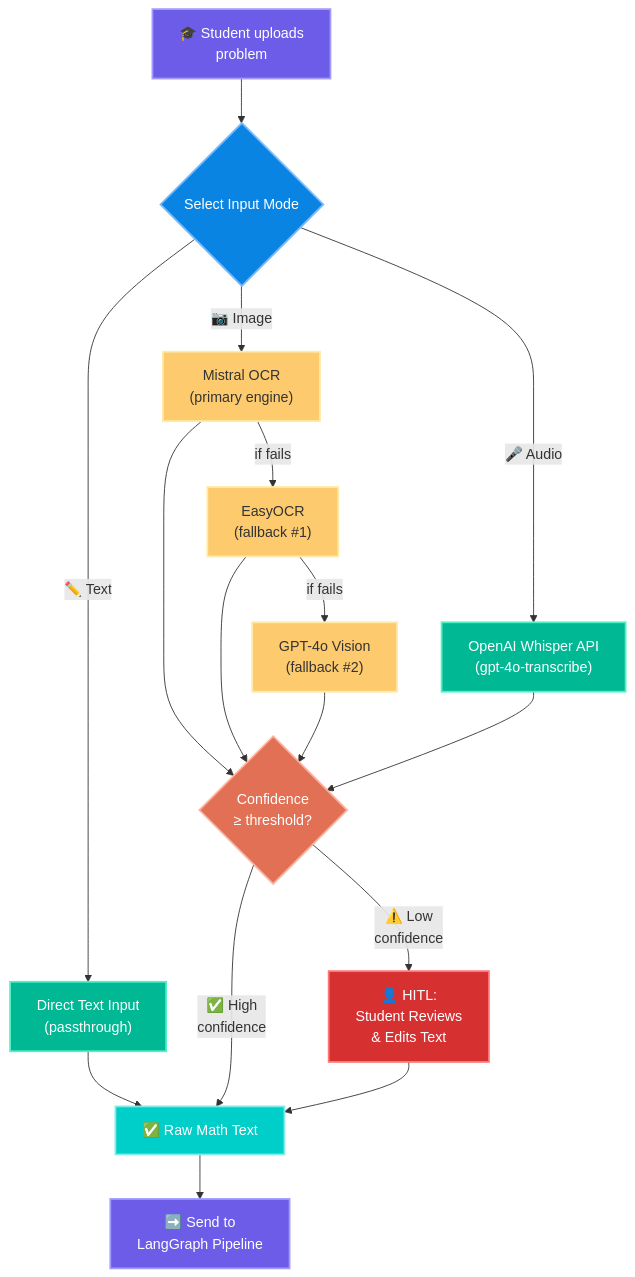
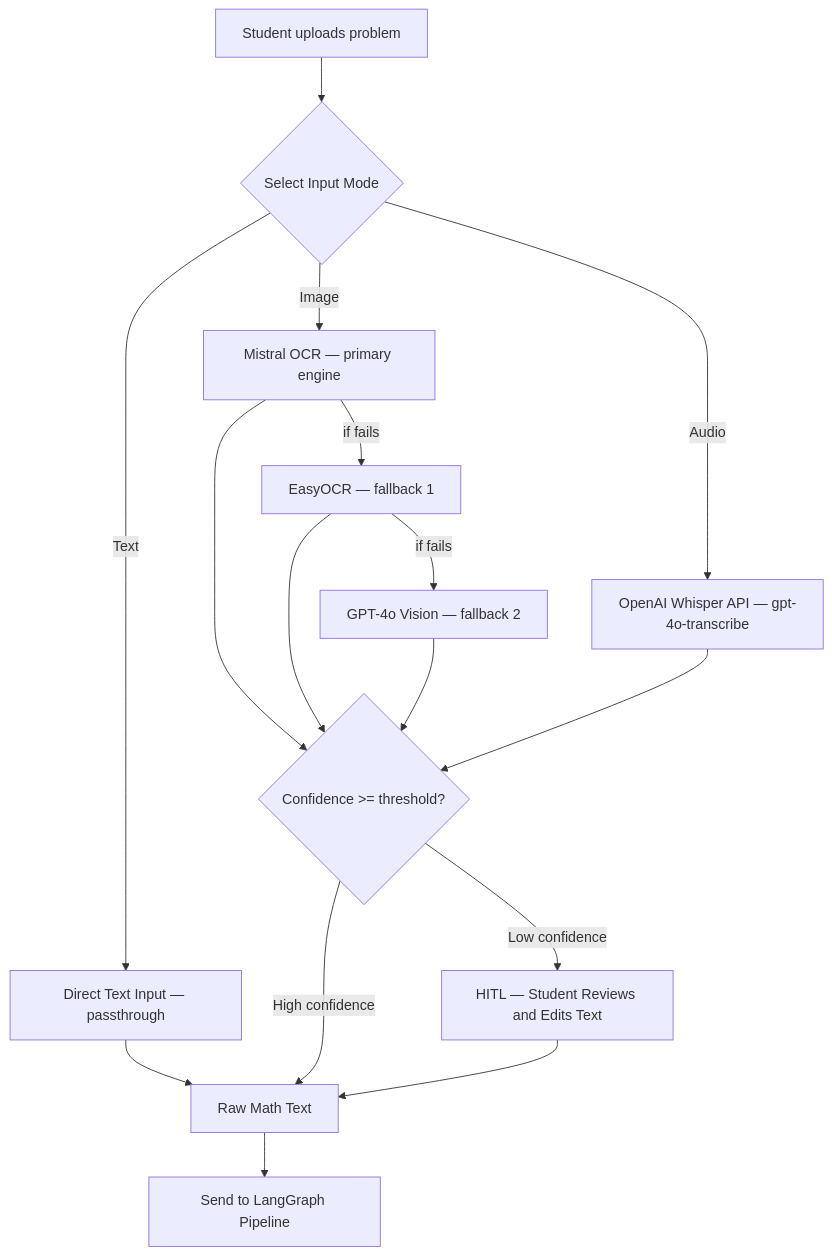
Before and after one commit to SAURABHSALVE/ai-math-tutor-rag-system: the second of 5 diagrams in README.md, drawn with Mermaid. The commit also changed other lines of this file, not shown here.

Commit message:
updated the architecture diagram

````diff
--- a/README.md
+++ b/README.md
@@ -34,35 +25,24 @@
 ```mermaid
 graph TD
-    A["🎓 Student uploads\nproblem"] --> B{"Select Input Mode"}
+    A[" Student uploads problem "] --> B{" Select Input Mode "}
 
-    B -->|"✏️ Text"| C["Direct Text Input\n(passthrough)"]
+    B -->|" Text "| C[" Direct Text Input — passthrough "]
 
-    B -->|"📷 Image"| D["Mistral OCR\n(primary engine)"]
-    D -->|"if fails"| D2["EasyOCR\n(fallback #1)"]
-    D2 -->|"if fails"| D3["GPT-4o Vision\n(fallback #2)"]
+    B -->|" Image "| D[" Mistral OCR — primary engine "]
+    D -->|" if fails "| D2[" EasyOCR — fallback 1 "]
+    D2 -->|" if fails "| D3[" GPT-4o Vision — fallback 2 "]
 
-    B -->|"🎤 Audio"| E["OpenAI Whisper API\n(gpt-4o-transcribe)"]
+    B -->|" Audio "| E[" OpenAI Whisper API — gpt-4o-transcribe "]
 
-    D --> F{"Confidence\n≥ threshold?"}
+    D --> F{" Confidence >= threshold? "}
     D2 --> F
     D3 --> F
     E --> F
-    C --> G["✅ Raw Math Text"]
-    F -->|"✅ High\nconfidence"| G
-    F -->|"⚠️ Low\nconfidence"| H["👤 HITL:\nStudent Reviews\n& Edits Text"]
+
+    C --> G[" Raw Math Text "]
+    F -->|" High confidence "| G
+    F -->|" Low confidence "| H[" HITL — Student Reviews and Edits Text "]
     H --> G
 
-    G --> I["➡️ Send to\nLangGraph Pipeline"]
-
-    style A fill:#6c5ce7,stroke:#a29bfe,color:#fff,stroke-width:2px
-    style B fill:#0984e3,stroke:#74b9ff,color:#fff,stroke-width:2px
-    style C fill:#00b894,stroke:#55efc4,color:#fff,stroke-width:2px
-    style D fill:#fdcb6e,stroke:#ffeaa7,color:#333,stroke-width:2px
-    style D2 fill:#fdcb6e,stroke:#ffeaa7,color:#333,stroke-width:2px
-    style D3 fill:#fdcb6e,stroke:#ffeaa7,color:#333,stroke-width:2px
-    style E fill:#00b894,stroke:#55efc4,color:#fff,stroke-width:2px
-    style F fill:#e17055,stroke:#fab1a0,color:#fff,stroke-width:2px
-    style G fill:#00cec9,stroke:#81ecec,color:#fff,stroke-width:2px
-    style H fill:#d63031,stroke:#ff7675,color:#fff,stroke-width:2px
-    style I fill:#6c5ce7,stroke:#a29bfe,color:#fff,stroke-width:2px
+    G --> I[" Send to LangGraph Pipeline "]
 ```
````
